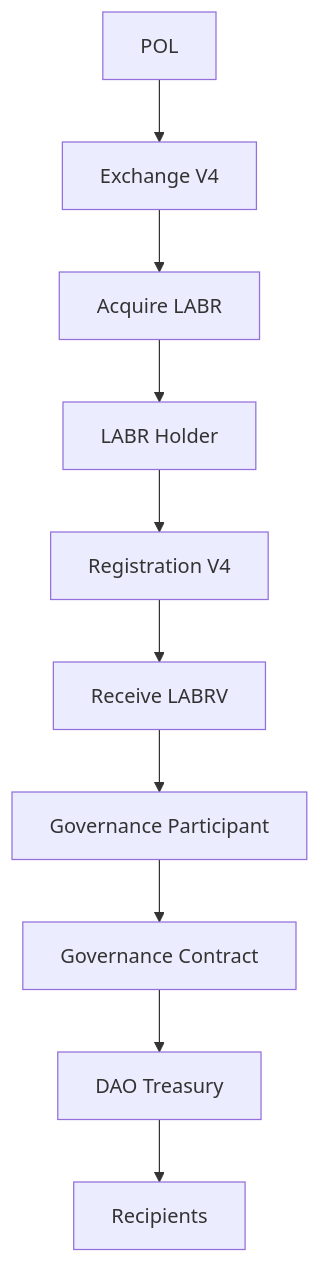
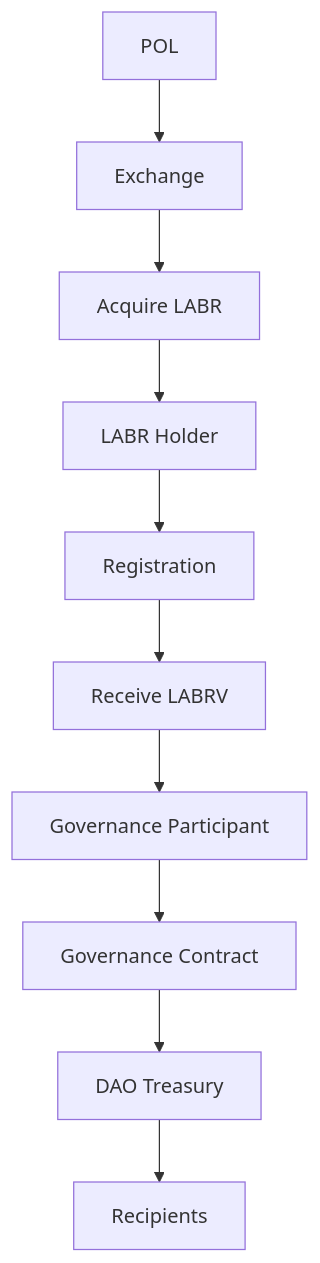
The diagram in docs/user-journey.md (LaborCoinCreator/LaborCoin), drawn with Mermaid before and after one commit.

````diff
--- a/docs/user-journey.md
+++ b/docs/user-journey.md
@@ -3,22 +3,22 @@
 ```mermaid
 graph TD
 
 POL[POL]
---> Exchange[Exchange V4]
+--> Exchange[Exchange]
 
 Exchange --> LABR[Acquire LABR]
 
 LABR --> Holder[LABR Holder]
 
-Holder --> Registration[Registration V4]
+Holder --> Registration[Registration]
 
 Registration --> LABRV[Receive LABRV]
 
 LABRV --> Participant[Governance Participant]
 
 Participant --> Governance[Governance Contract]
 
 Governance --> Treasury[DAO Treasury]
 
 Treasury --> Recipients[Recipients]
 ```
````
